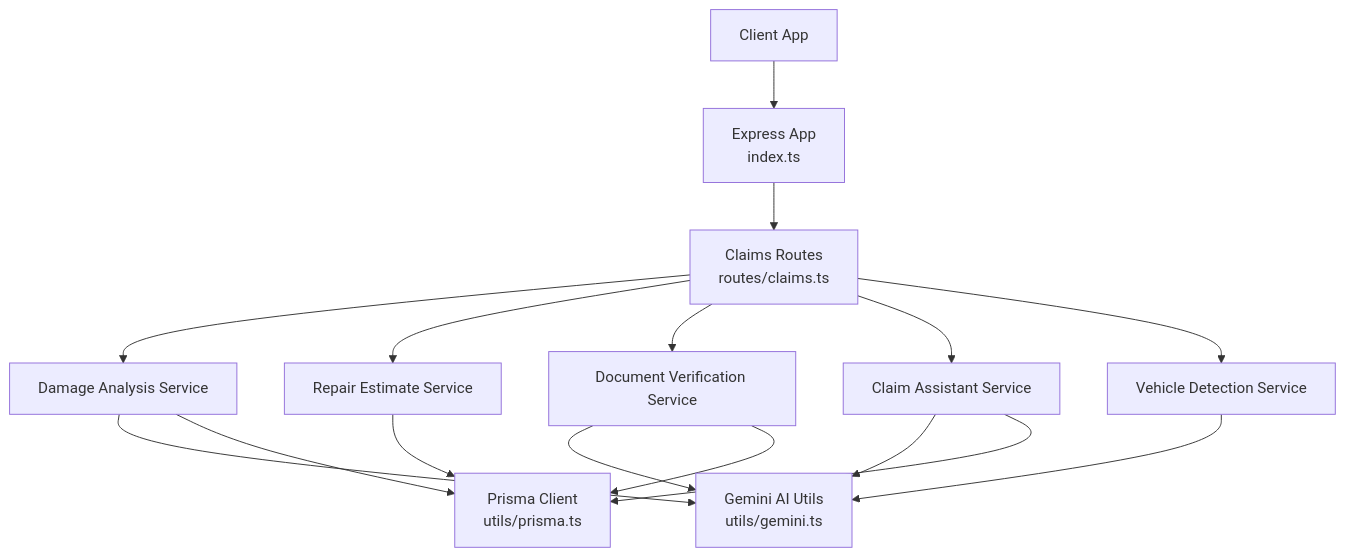
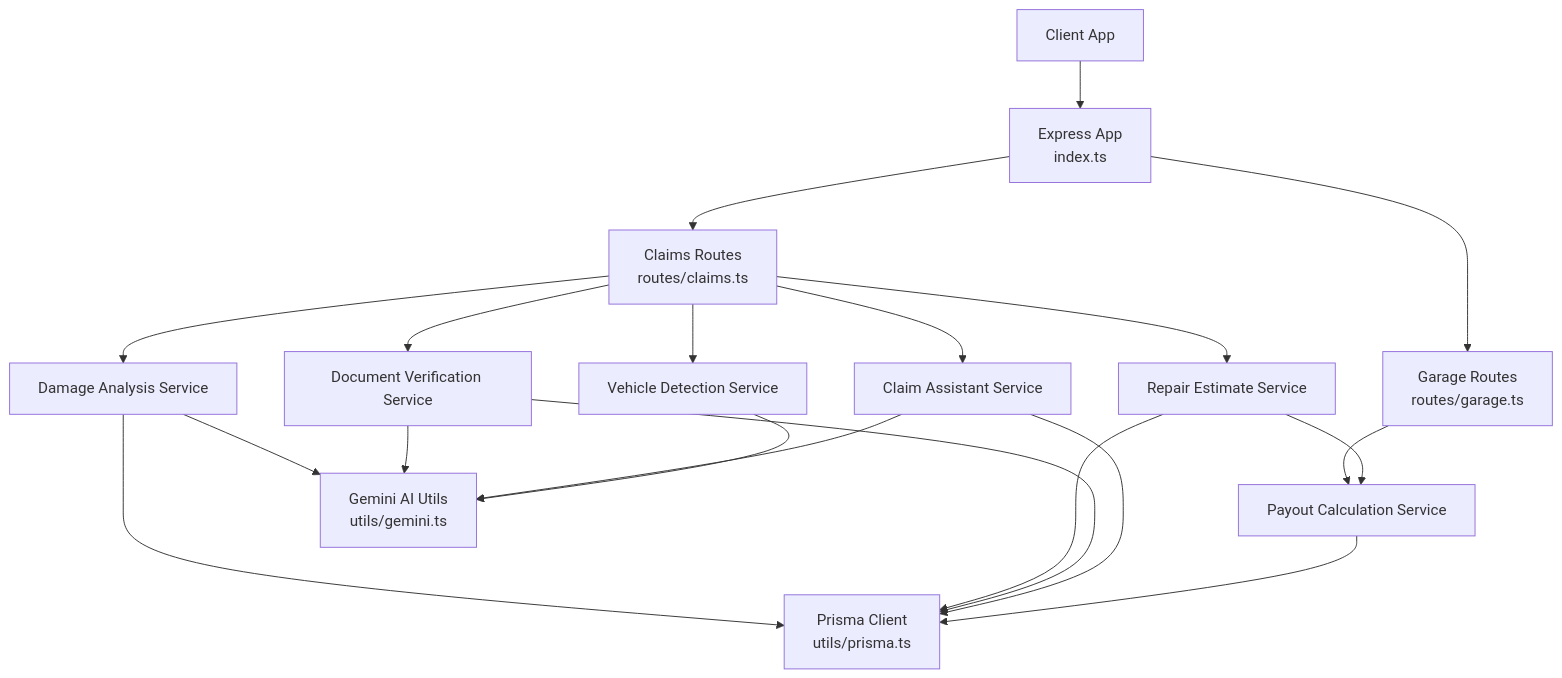
One commit to NaveenHiranya/Smart-Vehicle-Insurance-Claim-System changed the first of 9 diagrams in .qoder/repowiki/en/content/Backend Documentation/Business Logic & Services/Business Logic & Services.md. Above: the diagram before and after it, drawn with Mermaid. The commit also changed other lines of this file and 38 other files, not shown here.

````diff
--- a/.qoder/repowiki/en/content/Backend Documentation/Business Logic & Services/Business Logic & Services.md
+++ b/.qoder/repowiki/en/content/Backend Documentation/Business Logic & Services/Business Logic & Services.md
@@ -41,18 +52,22 @@
 ```mermaid
 graph TB
 Client["Client App"] --> API["Express App<br/>index.ts"]
 API --> ClaimsRoutes["Claims Routes<br/>routes/claims.ts"]
+API --> GarageRoutes["Garage Routes<br/>routes/garage.ts"]
 ClaimsRoutes --> DamageSvc["Damage Analysis Service"]
 ClaimsRoutes --> EstimateSvc["Repair Estimate Service"]
 ClaimsRoutes --> DocSvc["Document Verification Service"]
 ClaimsRoutes --> ChatSvc["Claim Assistant Service"]
 ClaimsRoutes --> VehicleSvc["Vehicle Detection Service"]
+GarageRoutes --> PayoutSvc["Payout Calculation Service"]
 DamageSvc --> Gemini["Gemini AI Utils<br/>utils/gemini.ts"]
 DocSvc --> Gemini
 ChatSvc --> Gemini
 VehicleSvc --> Gemini
 DamageSvc --> DB["Prisma Client<br/>utils/prisma.ts"]
 EstimateSvc --> DB
 DocSvc --> DB
 ChatSvc --> DB
+PayoutSvc --> DB
+EstimateSvc --> PayoutSvc
 ```
````
